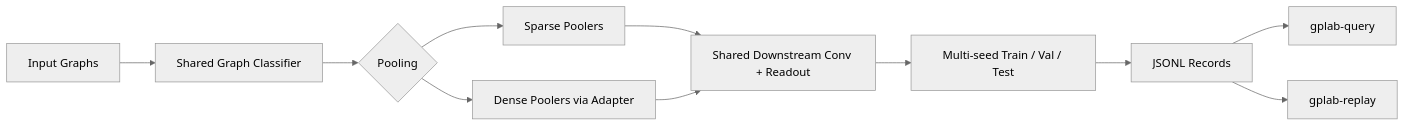
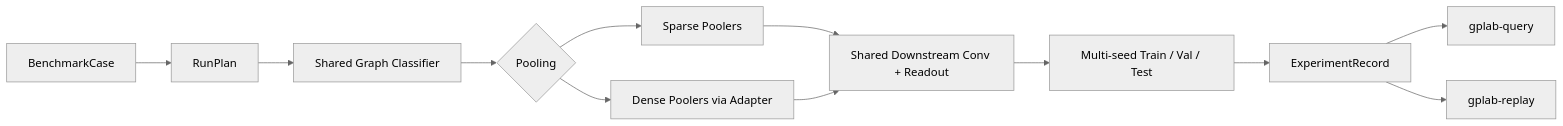
One commit to ChenYizhu97/Graph-Pooling-Lab changed the diagram in README.md. Above: the diagram before and after it, drawn with Mermaid (neutral theme). The commit also changed other lines of this file and 34 other files, not shown here.

````diff
--- a/README.md
+++ b/README.md
@@ -9,13 +11,14 @@
 ```mermaid
 flowchart LR
-    A["Input Graphs"] --> B["Shared Graph Classifier"]
-    B --> C{"Pooling"}
-    C --> D["Sparse Poolers"]
-    C --> E["Dense Poolers via Adapter"]
-    D --> F["Shared Downstream Conv + Readout"]
-    E --> F
-    F --> G["Multi-seed Train / Val / Test"]
-    G --> H["JSONL Records"]
-    H --> I["gplab-query"]
-    H --> J["gplab-replay"]
+    A["BenchmarkCase"] --> B["RunPlan"]
+    B --> C["Shared Graph Classifier"]
+    C --> D{"Pooling"}
+    D --> E["Sparse Poolers"]
+    D --> F["Dense Poolers via Adapter"]
+    E --> G["Shared Downstream Conv + Readout"]
+    F --> G
+    G --> H["Multi-seed Train / Val / Test"]
+    H --> I["ExperimentRecord"]
+    I --> J["gplab-query"]
+    I --> K["gplab-replay"]
 ```
````
